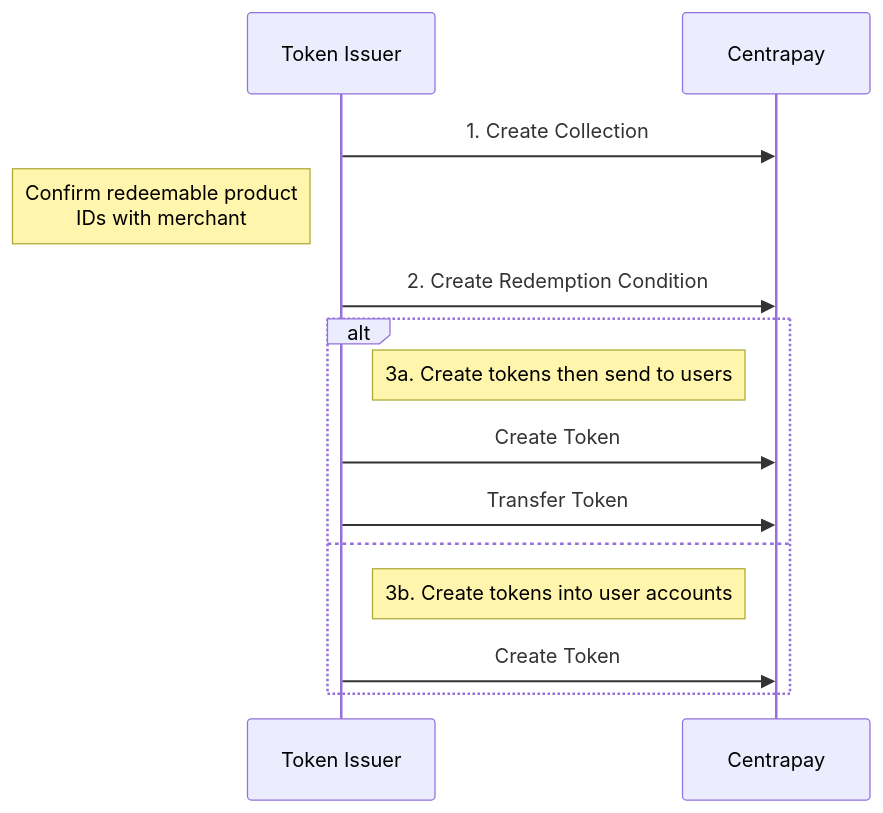
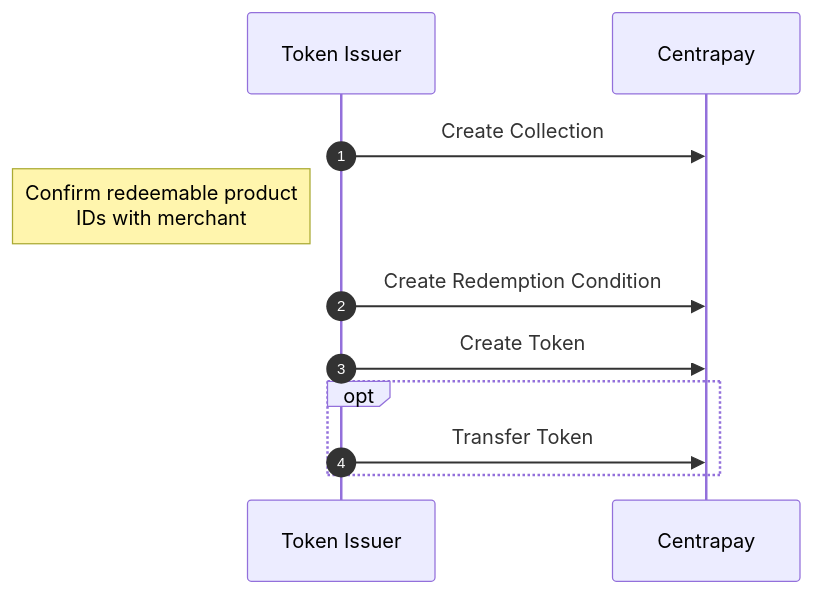
The diagram in src/content/guides/creating-digital-tokens.mdx (centrapay/centrapay-docs), drawn with Mermaid before and after one commit. The commit also changed other lines of this file, not shown here.

Commit message:
token guide refactor

````diff
--- a/src/content/guides/creating-digital-tokens.mdx
+++ b/src/content/guides/creating-digital-tokens.mdx
@@ -30,14 +30,11 @@
 ``` mermaid
 sequenceDiagram
-  Token Issuer ->> Centrapay: 1. Create Collection
+  autonumber
+  Token Issuer ->> Centrapay: Create Collection
   Note left of Token Issuer: Confirm redeemable product<br/>IDs with merchant
-  Token Issuer ->> Centrapay: 2. Create Redemption Condition
-  alt
-    Note right of Token Issuer: 3a. Create tokens then send to users
-    Token Issuer ->> Centrapay: Create Token
+  Token Issuer ->> Centrapay: Create Redemption Condition
+  Token Issuer ->> Centrapay: Create Token
+  opt
     Token Issuer ->> Centrapay: Transfer Token
-  else
-    Note right of Token Issuer: 3b. Create tokens into user accounts
-    Token Issuer ->> Centrapay: Create Token
   end
 ```
````
